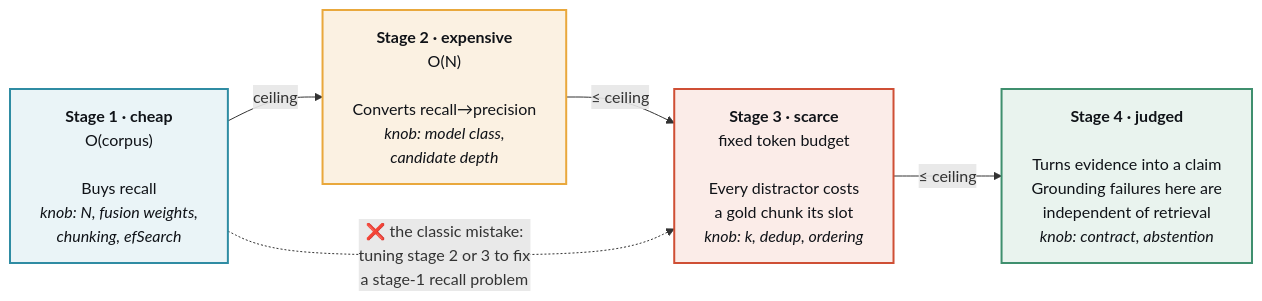
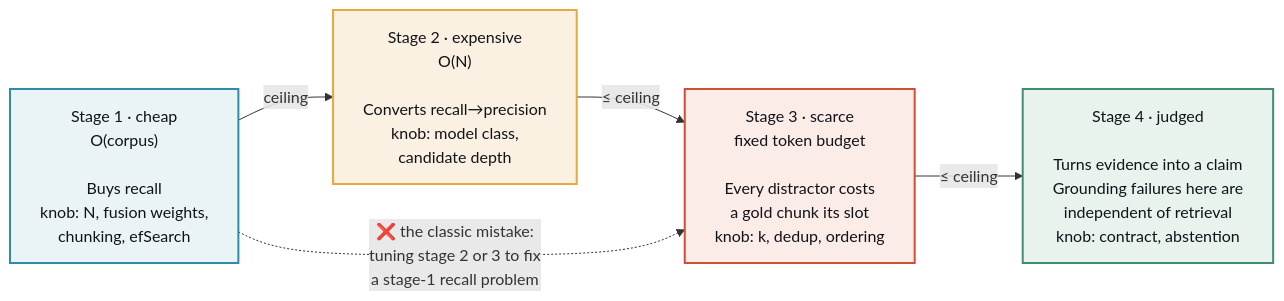
One commit to fde-academy-lab/advanced-rag-lab changed the third of 8 diagrams in README.md. Above: the diagram before and after it, drawn with Mermaid. The commit also changed other lines of this file and 8 other files, not shown here.

First line of the commit message:
fix(docs): make every Mermaid diagram render on GitHub, and stop it regressing

````diff
--- a/README.md
+++ b/README.md
@@ -219,18 +219,18 @@
 ```mermaid
 flowchart LR
-    A["<b>Stage 1 · cheap</b><br/>O(corpus)<br/><br/>Buys recall<br/><i>knob: N, fusion weights,<br/>chunking, efSearch</i>"]
-    B["<b>Stage 2 · expensive</b><br/>O(N)<br/><br/>Converts recall→precision<br/><i>knob: model class,<br/>candidate depth</i>"]
-    C["<b>Stage 3 · scarce</b><br/>fixed token budget<br/><br/>Every distractor costs<br/>a gold chunk its slot<br/><i>knob: k, dedup, ordering</i>"]
-    D["<b>Stage 4 · judged</b><br/><br/>Turns evidence into a claim<br/>Grounding failures here are<br/>independent of retrieval<br/><i>knob: contract, abstention</i>"]
+    A["Stage 1 · cheap<br/>O(corpus)<br/><br/>Buys recall<br/>knob: N, fusion weights,<br/>chunking, efSearch"]
+    B["Stage 2 · expensive<br/>O(N)<br/><br/>Converts recall→precision<br/>knob: model class,<br/>candidate depth"]
+    C["Stage 3 · scarce<br/>fixed token budget<br/><br/>Every distractor costs<br/>a gold chunk its slot<br/>knob: k, dedup, ordering"]
+    D["Stage 4 · judged<br/><br/>Turns evidence into a claim<br/>Grounding failures here are<br/>independent of retrieval<br/>knob: contract, abstention"]
     A -->|"ceiling"| B -->|"≤ ceiling"| C -->|"≤ ceiling"| D
     A -.->|"❌ the classic mistake:<br/>tuning stage 2 or 3 to fix<br/>a stage-1 recall problem"| C
 
     classDef s1 fill:#EAF4F7,stroke:#2F8CA3,stroke-width:2px,color:#101318
     classDef s2 fill:#FBF1E2,stroke:#E9A83C,stroke-width:2px,color:#101318
     classDef s3 fill:#FBECE8,stroke:#CF4F35,stroke-width:2px,color:#101318
     classDef s4 fill:#E9F3EE,stroke:#3F8F6E,stroke-width:2px,color:#101318
     class A s1
     class B s2
     class C s3
     class D s4
 ```
````
